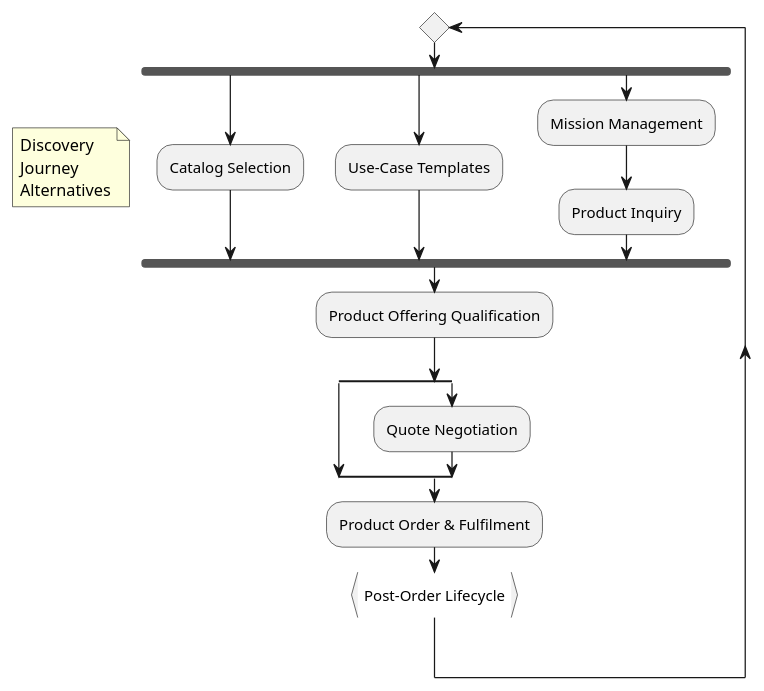
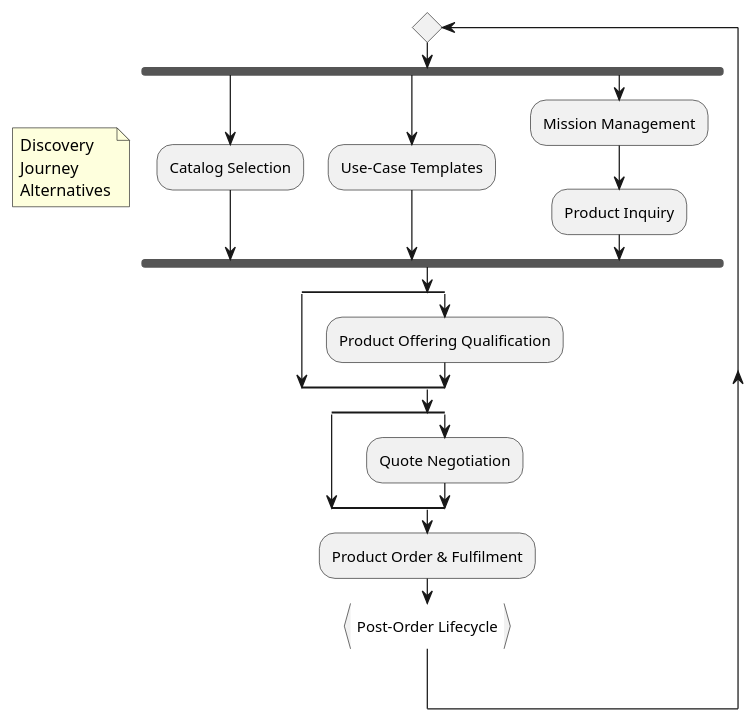
One commit to psi-consortium/psi changed the first of 2 diagrams in doc/PSI/PSI-CST/extended_journey.md. Above: the diagram before and after it, drawn with PlantUML.

Commit message:
mark POQ as optional in extended user story

````diff
--- a/doc/PSI/PSI-CST/extended_journey.md
+++ b/doc/PSI/PSI-CST/extended_journey.md
@@ -28,19 +28,22 @@
 ```plantuml
 repeat
 fork
     :Catalog Selection;
 fork again
     :Use-Case Templates;
 fork again
     :Mission Management;
     :Product Inquiry;
 end fork
 note left: Discovery\nJourney\nAlternatives
-:Product Offering Qualification;
+split
+split again
+  :Product Offering Qualification;
+end split
 split
 split again
     :Quote Negotiation;
 end split
 :Product Order & Fulfilment;
 :Post-Order Lifecycle; <<continuous>>
 ```
````
